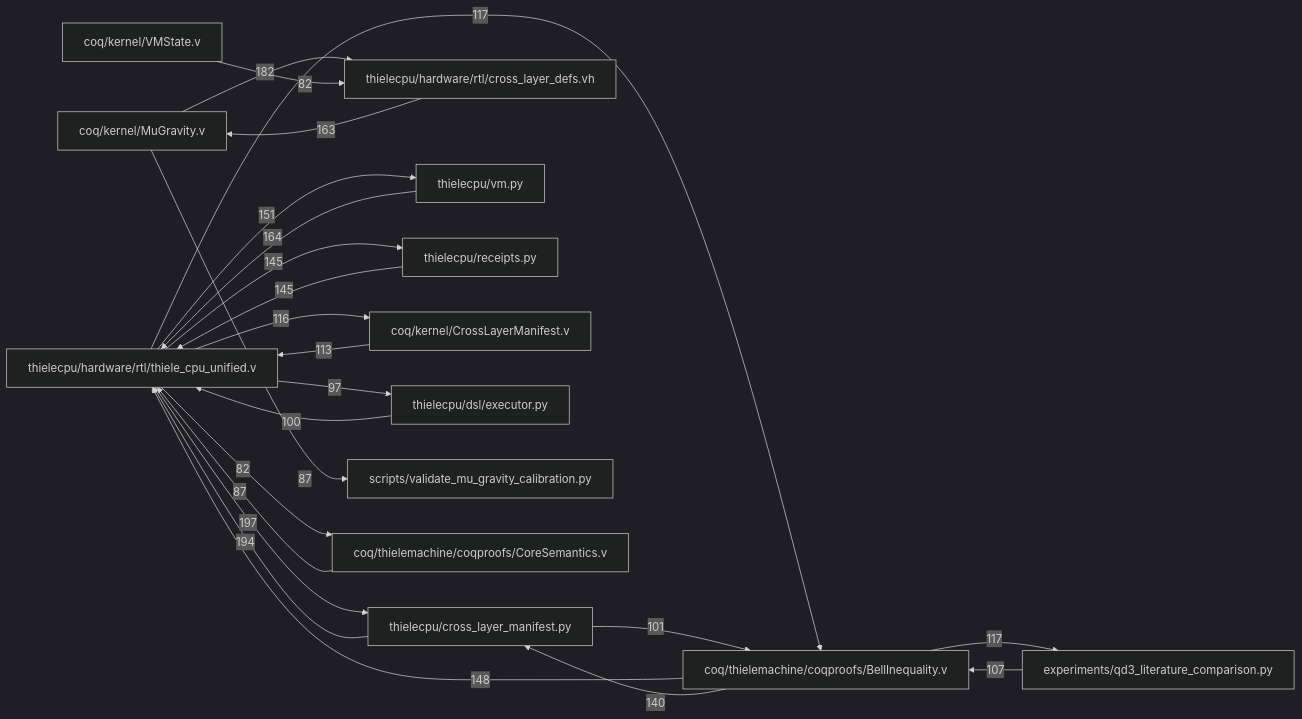
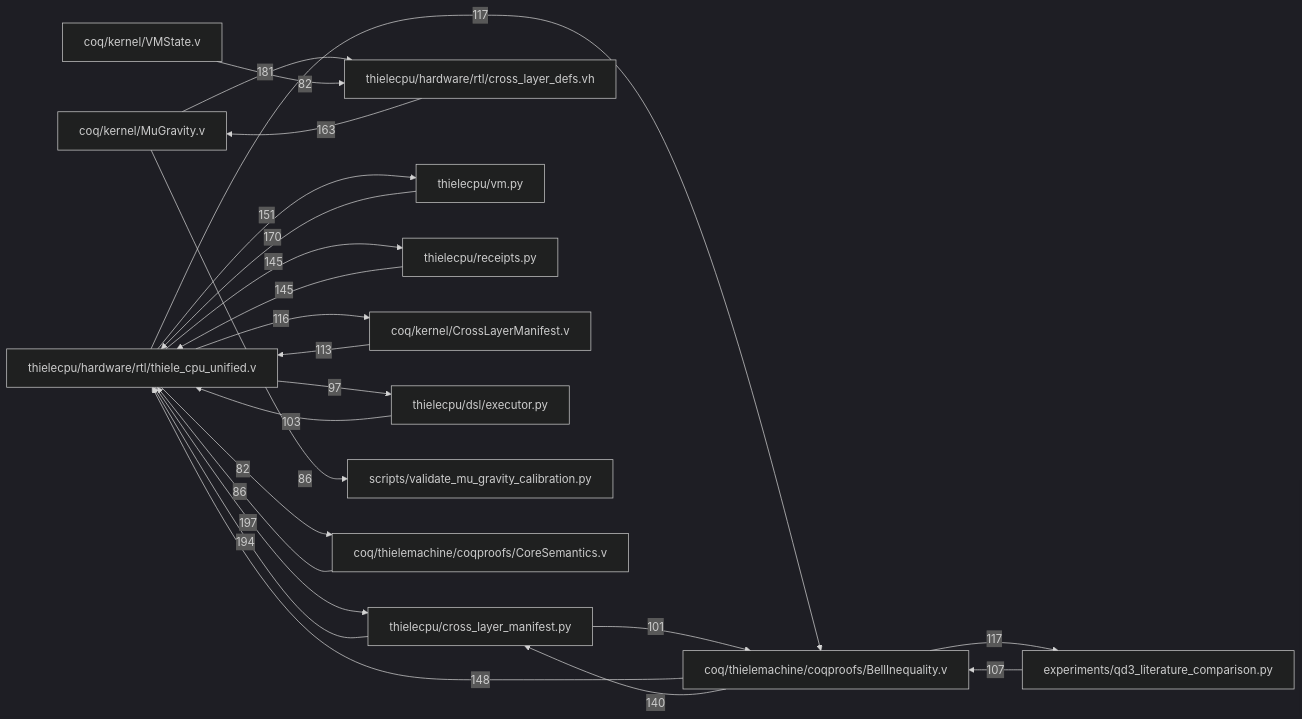
The second of 3 diagrams in artifacts/ATLAS.md (sethirus/The-Thiele-Machine), drawn with Mermaid (dark theme) before and after one commit. The commit also changed other lines of this file and 11 other files, not shown here.

````diff
--- a/artifacts/ATLAS.md
+++ b/artifacts/ATLAS.md
@@ -666,69 +671,69 @@
 ```mermaid
 flowchart LR
   N1["thielecpu/hardware/rtl/thiele_cpu_unified.v"]
   N2["thielecpu/cross_layer_manifest.py"]
   N1 -->|197| N2
   N2["thielecpu/cross_layer_manifest.py"]
   N1["thielecpu/hardware/rtl/thiele_cpu_unified.v"]
   N2 -->|194| N1
   N3["coq/kernel/MuGravity.v"]
   N4["thielecpu/hardware/rtl/cross_layer_defs.vh"]
-  N3 -->|182| N4
+  N3 -->|181| N4
   N5["thielecpu/vm.py"]
   N1["thielecpu/hardware/rtl/thiele_cpu_unified.v"]
-  N5 -->|164| N1
+  N5 -->|170| N1
   N4["thielecpu/hardware/rtl/cross_layer_defs.vh"]
   N3["coq/kernel/MuGravity.v"]
   N4 -->|163| N3
   N1["thielecpu/hardware/rtl/thiele_cpu_unified.v"]
   N5["thielecpu/vm.py"]
   N1 -->|151| N5
   N6["coq/thielemachine/coqproofs/BellInequality.v"]
   N1["thielecpu/hardware/rtl/thiele_cpu_unified.v"]
   N6 -->|148| N1
   N1["thielecpu/hardware/rtl/thiele_cpu_unified.v"]
   N7["thielecpu/receipts.py"]
   N1 -->|145| N7
   N7["thielecpu/receipts.py"]
   N1["thielecpu/hardware/rtl/thiele_cpu_unified.v"]
   N7 -->|145| N1
   N6["coq/thielemachine/coqproofs/BellInequality.v"]
   N2["thielecpu/cross_layer_manifest.py"]
   N6 -->|140| N2
   N6["coq/thielemachine/coqproofs/BellInequality.v"]
   N8["experiments/qd3_literature_comparison.py"]
   N6 -->|117| N8
   N1["thielecpu/hardware/rtl/thiele_cpu_unified.v"]
   N6["coq/thielemachine/coqproofs/BellInequality.v"]
   N1 -->|117| N6
   N1["thielecpu/hardware/rtl/thiele_cpu_unified.v"]
   N9["coq/kernel/CrossLayerManifest.v"]
   N1 -->|116| N9
   N9["coq/kernel/CrossLayerManifest.v"]
   N1["thielecpu/hardware/rtl/thiele_cpu_unified.v"]
   N9 -->|113| N1
   N8["experiments/qd3_literature_comparison.py"]
   N6["coq/thielemachine/coqproofs/BellInequality.v"]
   N8 -->|107| N6
+  N10["thielecpu/dsl/executor.py"]
+  N1["thielecpu/hardware/rtl/thiele_cpu_unified.v"]
+  N10 -->|103| N1
   N2["thielecpu/cross_layer_manifest.py"]
   N6["coq/thielemachine/coqproofs/BellInequality.v"]
   N2 -->|101| N6
-  N10["thielecpu/dsl/executor.py"]
-  N1["thielecpu/hardware/rtl/thiele_cpu_unified.v"]
-  N10 -->|100| N1
   N1["thielecpu/hardware/rtl/thiele_cpu_unified.v"]
   N10["thielecpu/dsl/executor.py"]
   N1 -->|97| N10
   N3["coq/kernel/MuGravity.v"]
   N11["scripts/validate_mu_gravity_calibration.py"]
-  N3 -->|87| N11
+  N3 -->|86| N11
   N12["coq/thielemachine/coqproofs/CoreSemantics.v"]
   N1["thielecpu/hardware/rtl/thiele_cpu_unified.v"]
-  N12 -->|87| N1
+  N12 -->|86| N1
   N13["coq/kernel/VMState.v"]
   N4["thielecpu/hardware/rtl/cross_layer_defs.vh"]
   N13 -->|82| N4
   N1["thielecpu/hardware/rtl/thiele_cpu_unified.v"]
   N12["coq/thielemachine/coqproofs/CoreSemantics.v"]
   N1 -->|82| N12
 ```
````
